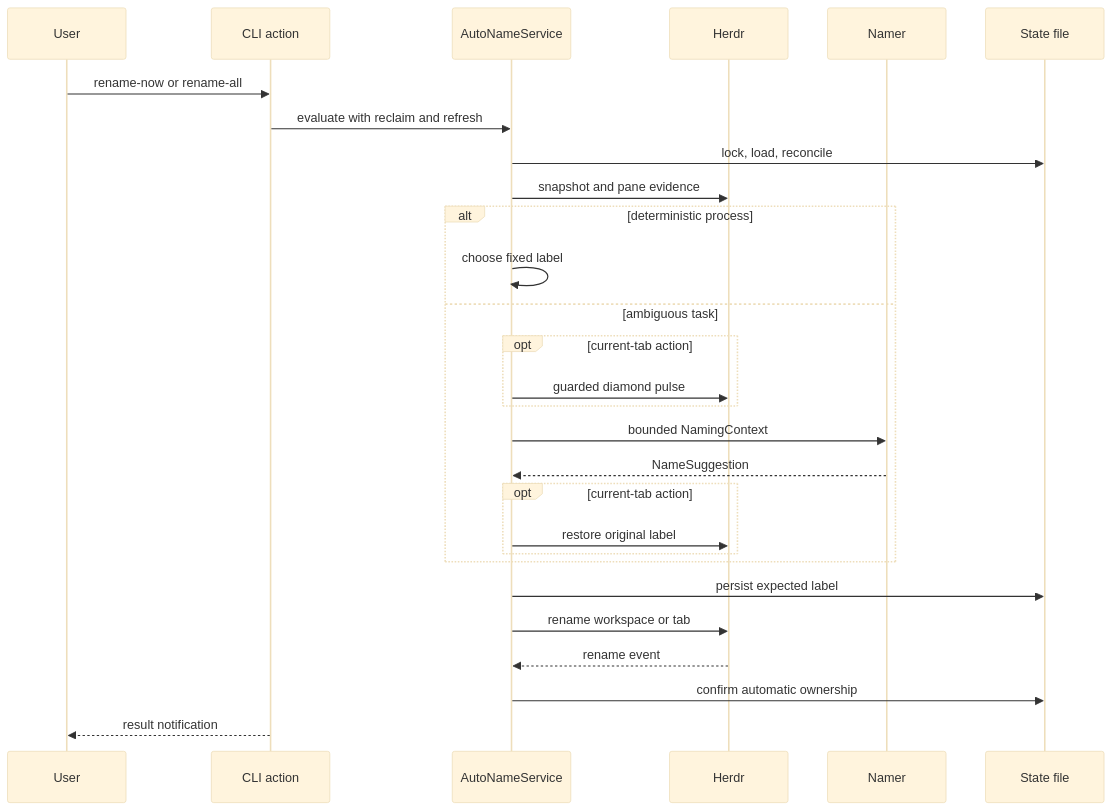
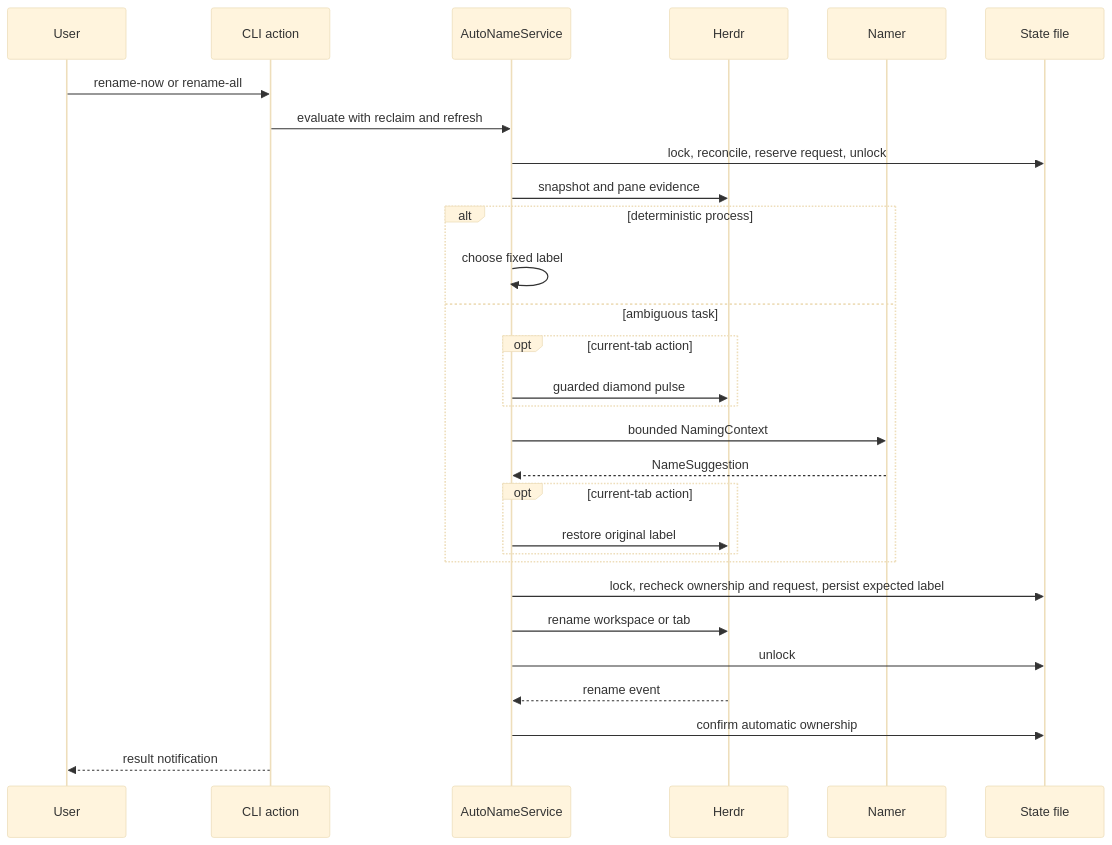
The second of 2 diagrams in ai-artifacts/SEMANTIC_MAP.md (iurysza/herdr-tab-smart-rename), drawn with Mermaid (base theme) before and after one commit. The commit also changed other lines of this file and 19 other files, not shown here.

````diff
--- a/ai-artifacts/SEMANTIC_MAP.md
+++ b/ai-artifacts/SEMANTIC_MAP.md
@@ -65,31 +65,32 @@
 ```mermaid
 sequenceDiagram
     participant U as User
     participant C as CLI action
     participant S as AutoNameService
     participant H as Herdr
     participant N as Namer
     participant F as State file
 
     U->>C: rename-now or rename-all
     C->>S: evaluate with reclaim and refresh
-    S->>F: lock, load, reconcile
+    S->>F: lock, reconcile, reserve request, unlock
     S->>H: snapshot and pane evidence
     alt deterministic process
         S->>S: choose fixed label
     else ambiguous task
         opt current-tab action
             S->>H: guarded diamond pulse
         end
         S->>N: bounded NamingContext
         N-->>S: NameSuggestion
         opt current-tab action
             S->>H: restore original label
         end
     end
-    S->>F: persist expected label
+    S->>F: lock, recheck ownership and request, persist expected label
     S->>H: rename workspace or tab
+    S->>F: unlock
     H-->>S: rename event
     S->>F: confirm automatic ownership
     C-->>U: result notification
 ```
````
